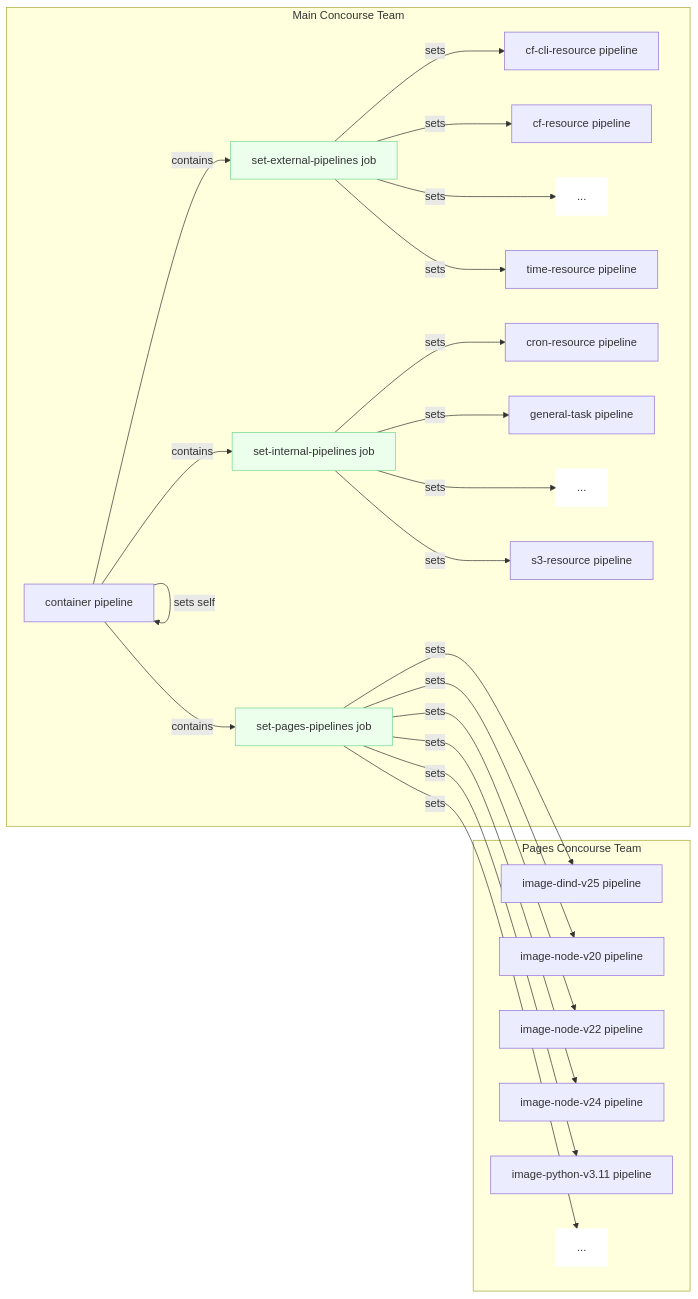
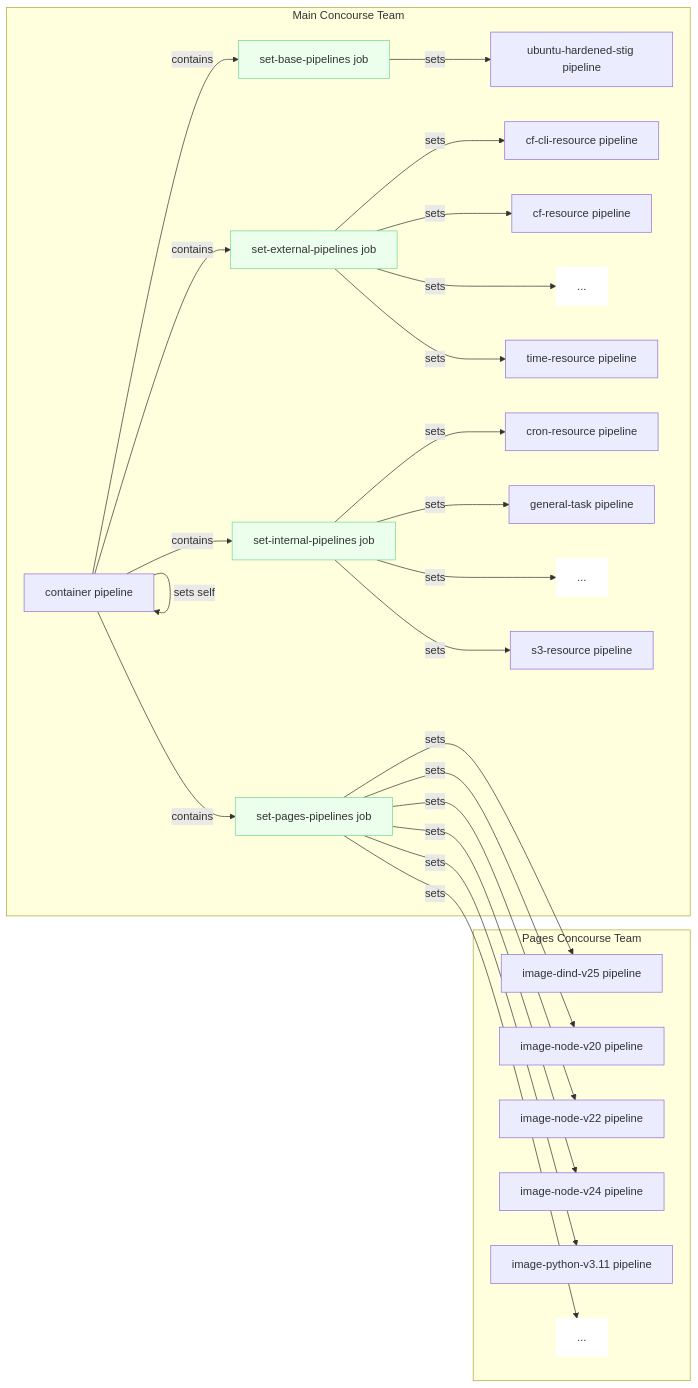
The diagram in README.md (cloud-gov/common-pipelines), drawn with Mermaid before and after one commit. The commit also changed other lines of this file and 1 other file, not shown here.

Commit message:
update the main readme and the container readme

````diff
--- a/README.md
+++ b/README.md
@@ -25,31 +25,33 @@
 ```mermaid
 flowchart LR
     classDef ellipses fill:#ffffff,stroke:#ffffff
     classDef job fill:#ecffec,stroke:#73d893
 
     subgraph Main Concourse Team
         container["container pipeline"]
         container -->|sets self| container
+        container -->|contains| base["set-base-pipelines job"]:::job
         container -->|contains| external["set-external-pipelines job"]:::job
         container -->|contains| internal["set-internal-pipelines job"]:::job
         container -->|contains| pages["set-pages-pipelines job"]:::job
 
+        base -->|sets| ubuntu-hardened-stig["ubuntu-hardened-stig pipeline"]
         external -->|sets| cf-cli-resource["cf-cli-resource pipeline"]
         external -->|sets| cf-resource["cf-resource pipeline"]
         external -->|sets| external-etc["..."]:::ellipses
         external -->|sets| time-resource["time-resource pipeline"]
         internal -->|sets| cron-resource["cron-resource pipeline"]
         internal -->|sets| general-task["general-task pipeline"]
         internal -->|sets| internal-etc["..."]:::ellipses
         internal -->|sets| s3-resource["s3-resource pipeline"]
     end
 
     subgraph Pages Concourse Team
         pages -->|sets| pages-dind-v25["image-dind-v25 pipeline"]
         pages -->|sets| pages-node-v20["image-node-v20 pipeline"]
         pages -->|sets| pages-node-v22["image-node-v22 pipeline"]
         pages -->|sets| pages-node-v24["image-node-v24 pipeline"]
         pages -->|sets| pages-python-v3["image-python-v3.11 pipeline"]
         pages -->|sets| pages-etc["..."]:::ellipses
     end
 ```
````
